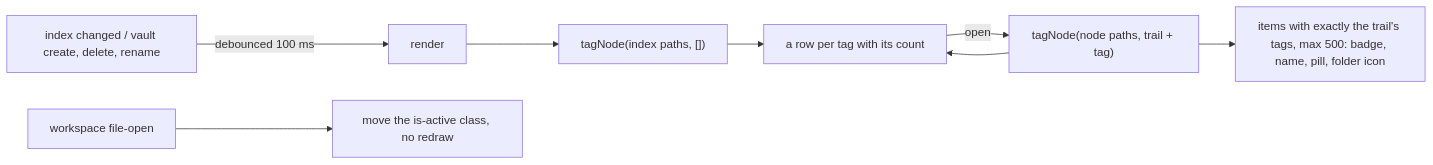
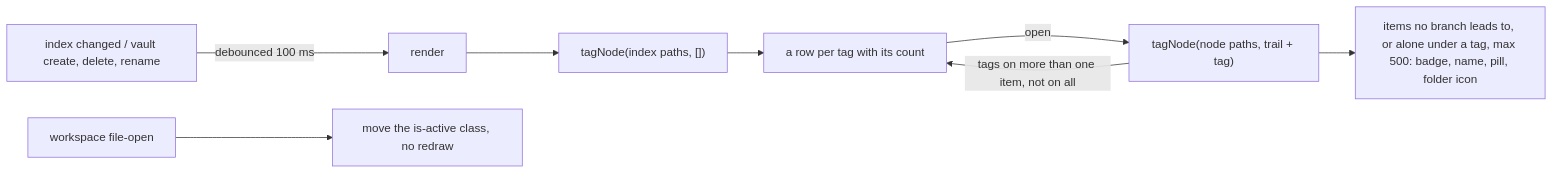
One commit to AlbanMontaigu/obsidian changed the sixth of 6 diagrams in plugins/tag-everything/docs/architecture.md. Above: the diagram before and after it, drawn with Mermaid. The commit also changed other lines of this file and 7 other files, not shown here.

First line of the commit message:
tag-everything 0.23.0: explorer branches only on tags that tell files apart

````diff
--- a/plugins/tag-everything/docs/architecture.md
+++ b/plugins/tag-everything/docs/architecture.md
@@ -176,8 +176,8 @@
 ```mermaid
 flowchart LR
   ev[index changed / vault create, delete, rename] -->|debounced 100 ms| render
   render --> root["tagNode(index paths, [])"] --> tags[a row per tag with its count]
-  tags -->|open| child["tagNode(node paths, trail + tag)"] --> tags
-  child --> items[items with exactly the trail's tags, max 500: badge, name, pill, folder icon]
+  tags -->|open| child["tagNode(node paths, trail + tag)"] -->|tags on more than one item, not on all| tags
+  child --> items["items no branch leads to, or alone under a tag, max 500: badge, name, pill, folder icon"]
   open[workspace file-open] --> hl[move the is-active class, no redraw]
 ```
````
